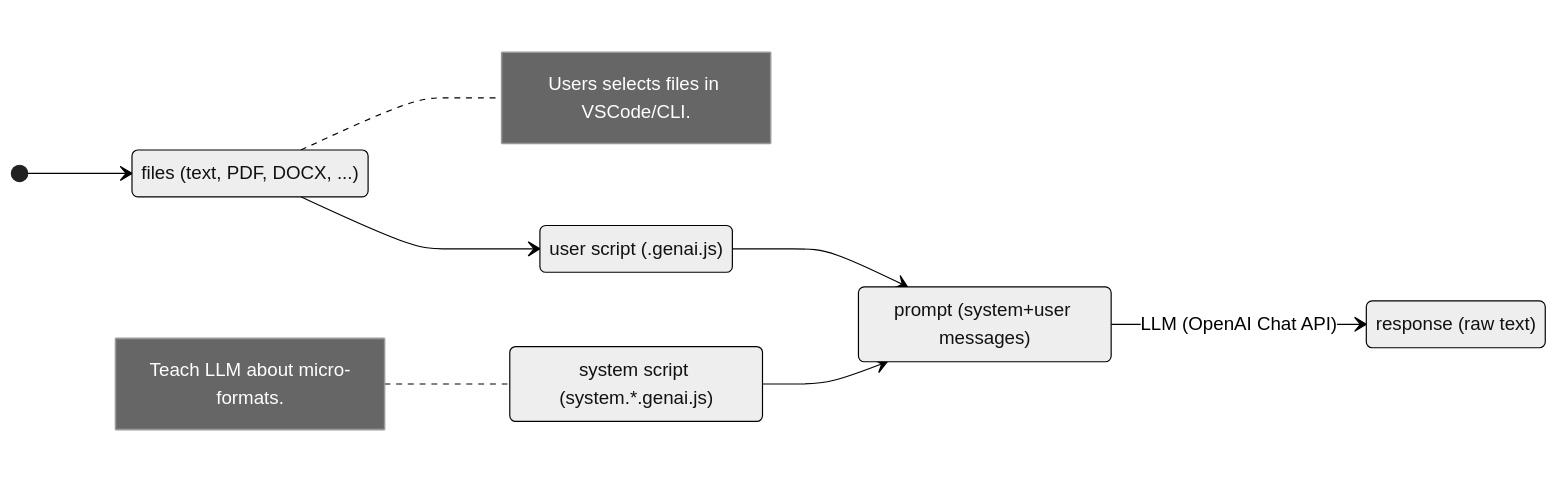
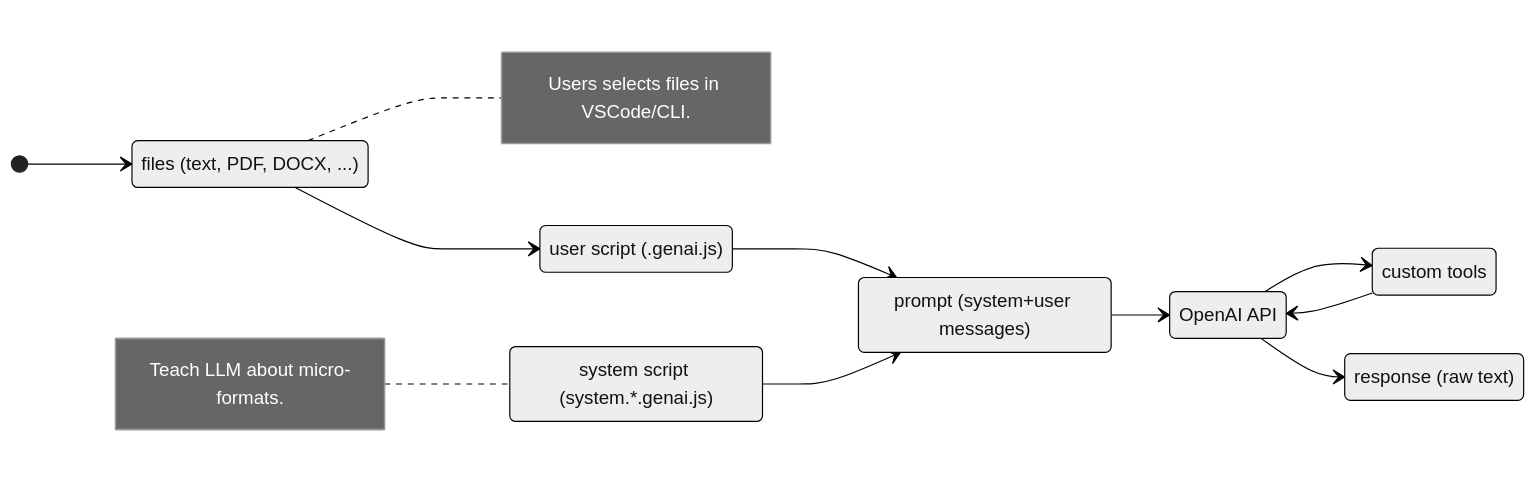
Before and after one commit to microsoft/genaiscript: the diagram in slides/pages/script-prompt.md, drawn with Mermaid (neutral theme). The commit also changed 3 other files, not shown here.

Commit message:
Update headers, diagrams, and improve integration flow in documentation

````diff
--- a/slides/pages/script-prompt.md
+++ b/slides/pages/script-prompt.md
@@ -8,17 +8,22 @@
 ```mermaid
 
 stateDiagram
   direction LR
     [*] --> context
     context: files (text, PDF, DOCX, ...)
     script : user script (.genai.js)
     prompt : prompt (system+user messages)
+    api: OpenAI API
     system: system script (system.*.genai.js)
+    tools: custom tools
     context --> script
     note right of context : Users selects files in VSCode/CLI.
     script --> prompt
     system --> prompt
+    prompt --> api
+    api --> tools
+    tools --> api
+    api --> response
     note left of system: Teach LLM about micro-formats.
-    prompt --> response : LLM (OpenAI Chat API)
     response: response (raw text)
 ```
````
